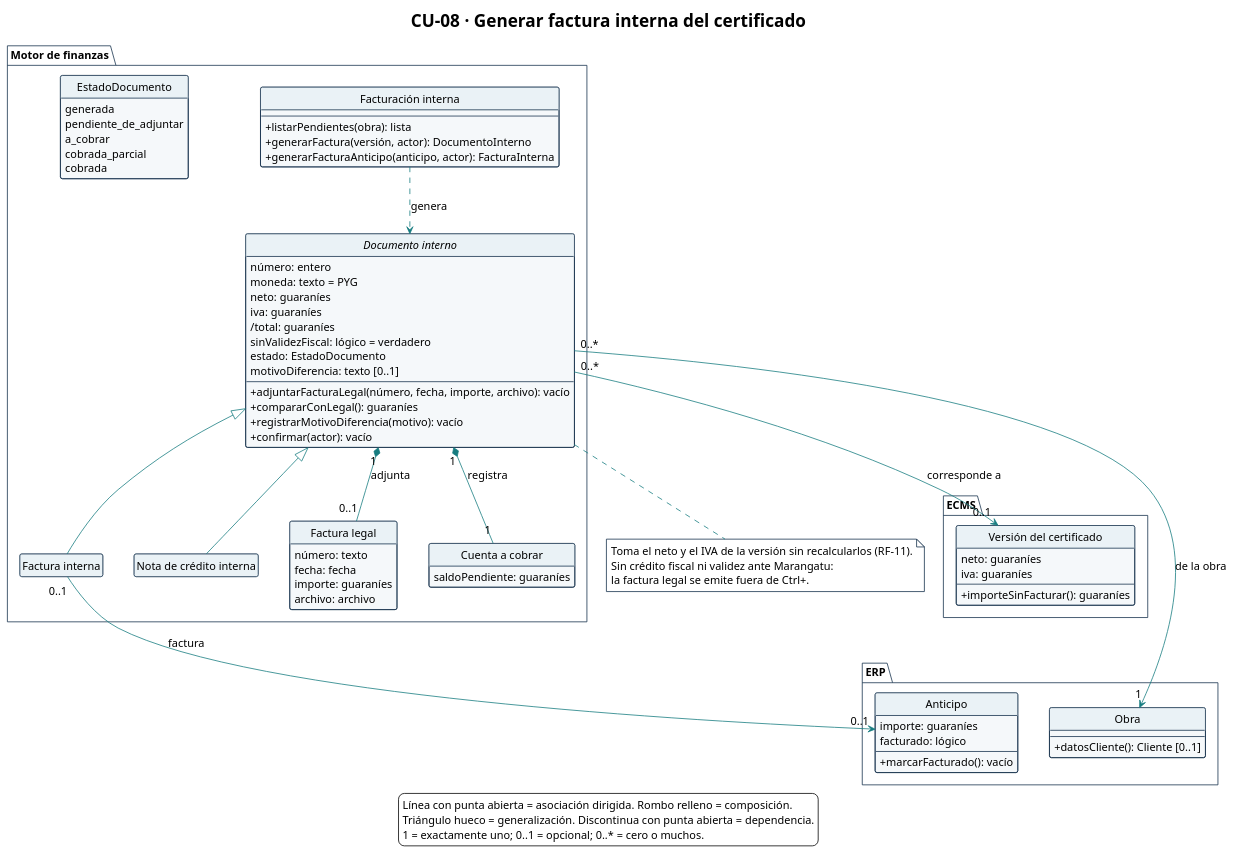
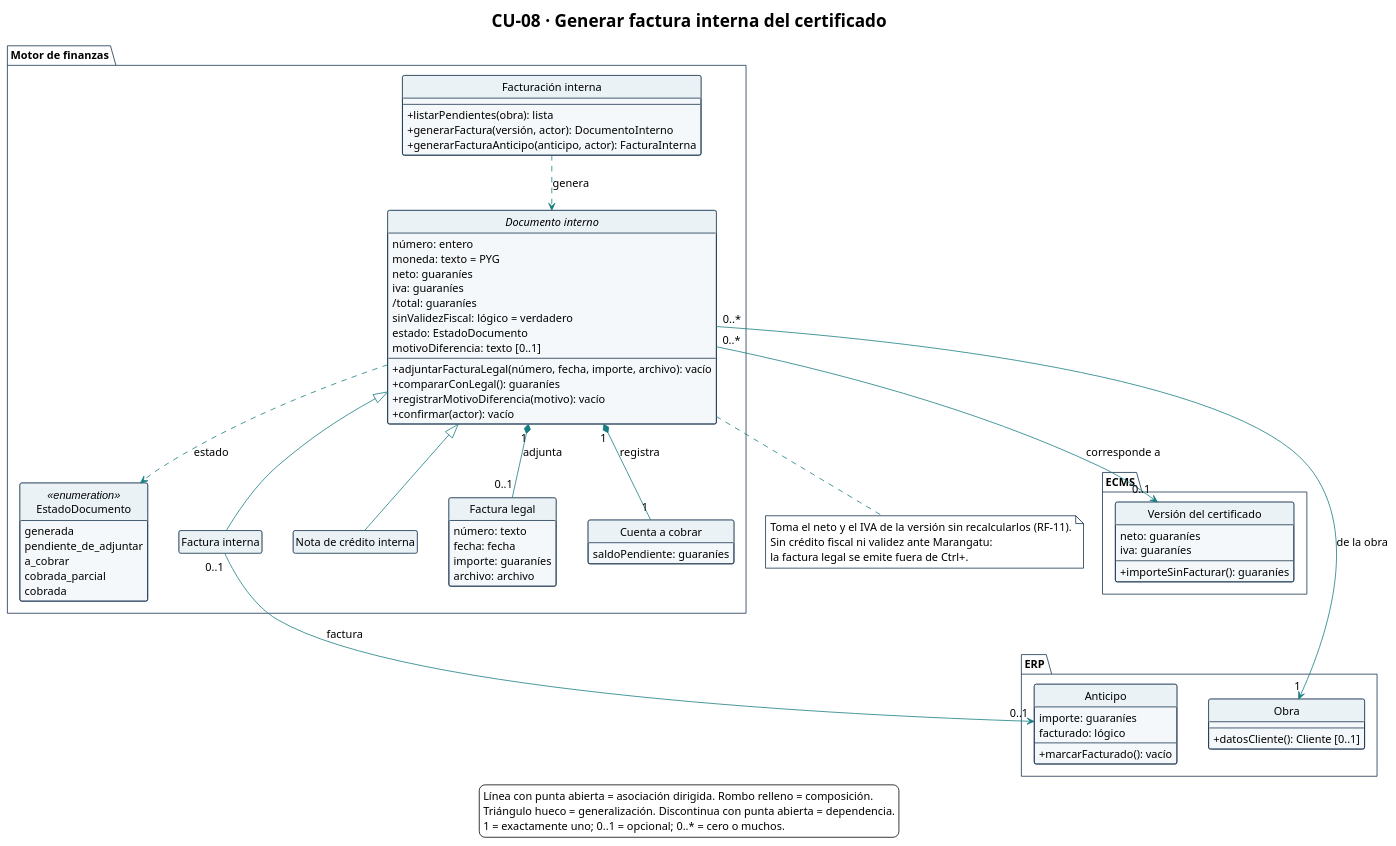
Before and after one commit to Ssrrb/tpf-uca: the diagram in diagramas/CU-08-clases.puml, drawn with PlantUML. The commit also changed 5 other files, not shown here.

```diff
--- a/diagramas/CU-08-clases.puml
+++ b/diagramas/CU-08-clases.puml
@@ -1,118 +1,119 @@
 @startuml
 !theme plain
 skinparam style strictuml
 title CU-08 · Generar factura interna del certificado
 hide circle
 hide empty methods
 hide empty fields
 skinparam shadowing false
 skinparam classAttributeIconSize 0
 skinparam defaultFontName Arial
 skinparam defaultFontSize 14
 skinparam nodesep 40
 skinparam ranksep 50
 skinparam ArrowColor #167C80
 skinparam class {
   BackgroundColor #F5F8FA
   BorderColor #17324D
   HeaderBackgroundColor #EAF2F6
 }
 skinparam package {
   BackgroundColor #FFFFFF
   BorderColor #17324D
 }
 skinparam note {
   BackgroundColor #FFFFFF
   BorderColor #17324D
 }
 package "Motor de finanzas" {
   class "Facturación interna" as Facturacion {
     --
     + listarPendientes(obra): lista
     + generarFactura(versión, actor): DocumentoInterno
     + generarFacturaAnticipo(anticipo, actor): FacturaInterna
   }
 
-  enum EstadoDocumento {
+  enum EstadoDocumento <<enumeration>> {
     generada
     pendiente_de_adjuntar
     a_cobrar
     cobrada_parcial
     cobrada
   }
 
   abstract class "Documento interno" as DocumentoInterno {
     número: entero
     moneda: texto = PYG
     neto: guaraníes
     iva: guaraníes
     /total: guaraníes
     sinValidezFiscal: lógico = verdadero
     estado: EstadoDocumento
     motivoDiferencia: texto [0..1]
     --
     + adjuntarFacturaLegal(número, fecha, importe, archivo): vacío
     + compararConLegal(): guaraníes
     + registrarMotivoDiferencia(motivo): vacío
     + confirmar(actor): vacío
   }
 
   class "Factura interna" as FacturaInterna
   class "Nota de crédito interna" as NotaCreditoInterna
 
   class "Factura legal" as FacturaLegal {
     número: texto
     fecha: fecha
     importe: guaraníes
     archivo: archivo
   }
 
   class "Cuenta a cobrar" as CuentaACobrar {
     saldoPendiente: guaraníes
   }
 }
 
 package "ECMS" {
   class "Versión del certificado" as VersionCertificado {
     neto: guaraníes
     iva: guaraníes
     --
     + importeSinFacturar(): guaraníes
   }
 }
 
 package "ERP" {
   class Obra {
     --
     + datosCliente(): Cliente [0..1]
   }
 
   class Anticipo {
     importe: guaraníes
     facturado: lógico
     --
     + marcarFacturado(): vacío
   }
 }
 
 DocumentoInterno <|-- FacturaInterna
 DocumentoInterno <|-- NotaCreditoInterna
 DocumentoInterno "0..*" --> "0..1" VersionCertificado : corresponde a
 FacturaInterna "0..1" --> "0..1" Anticipo : factura
 DocumentoInterno "1" *-- "0..1" FacturaLegal : adjunta
 DocumentoInterno "1" *-- "1" CuentaACobrar : registra
 DocumentoInterno "0..*" --> "1" Obra : de la obra
 Facturacion ..> DocumentoInterno : genera
 
+DocumentoInterno ..> EstadoDocumento : estado
 note bottom of DocumentoInterno
   Toma el neto y el IVA de la versión sin recalcularlos (RF-11).
   Sin crédito fiscal ni validez ante Marangatu:
   la factura legal se emite fuera de Ctrl+.
 end note
 
 legend bottom
   Línea con punta abierta = asociación dirigida. Rombo relleno = composición.
   Triángulo hueco = generalización. Discontinua con punta abierta = dependencia.
   1 = exactamente uno; 0..1 = opcional; 0..* = cero o muchos.
 endlegend
 @enduml
```
